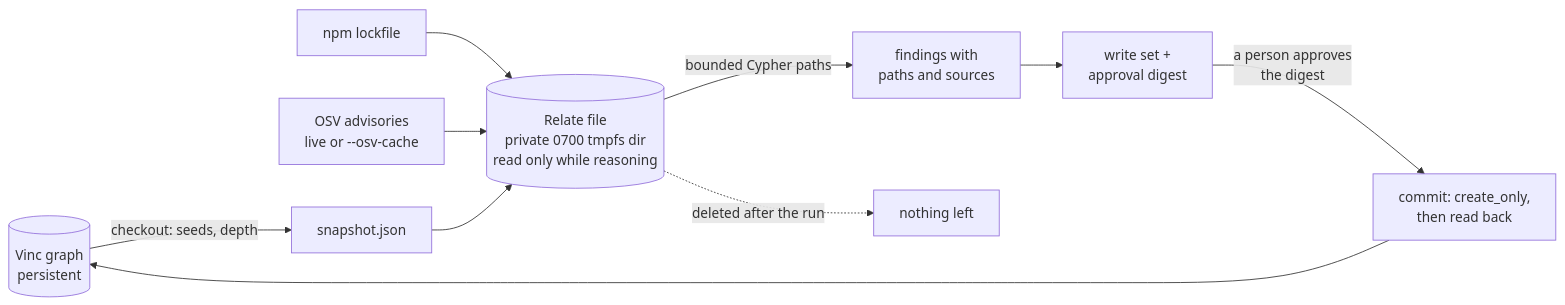
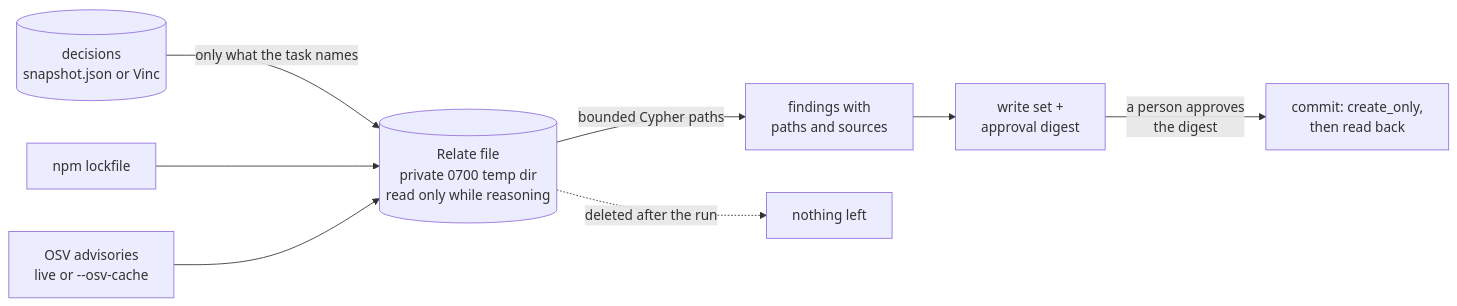
The diagram in README.md (Vinculums/decisis), drawn with Mermaid before and after one commit. The commit also changed other lines of this file and 1 other file, not shown here.

First line of the commit message:
docs(readme): open with install, a quick start on your own decisions, and how it works (#20)

````diff
--- a/README.md
+++ b/README.md
@@ -22,12 +110,10 @@
 ```mermaid
 flowchart LR
-    V[("Vinc graph<br/>persistent")] -- "checkout: seeds, depth" --> S["snapshot.json"]
+    V[("decisions<br/>snapshot.json or Vinc")] -- "only what the task names" --> R
     L["npm lockfile"] --> R
     O["OSV advisories<br/>live or --osv-cache"] --> R
-    S --> R[("Relate file<br/>private 0700 tmpfs dir<br/>read only while reasoning")]
-    R -- "bounded Cypher paths" --> F["findings with<br/>paths and sources"]
+    R[("Relate file<br/>private 0700 temp dir<br/>read only while reasoning")] -- "bounded Cypher paths" --> F["findings with<br/>paths and sources"]
     F --> P["write set +<br/>approval digest"]
     P -- "a person approves<br/>the digest" --> W["commit: create_only,<br/>then read back"]
-    W --> V
     R -. "deleted after the run" .-> D["nothing left"]
 ```
````
